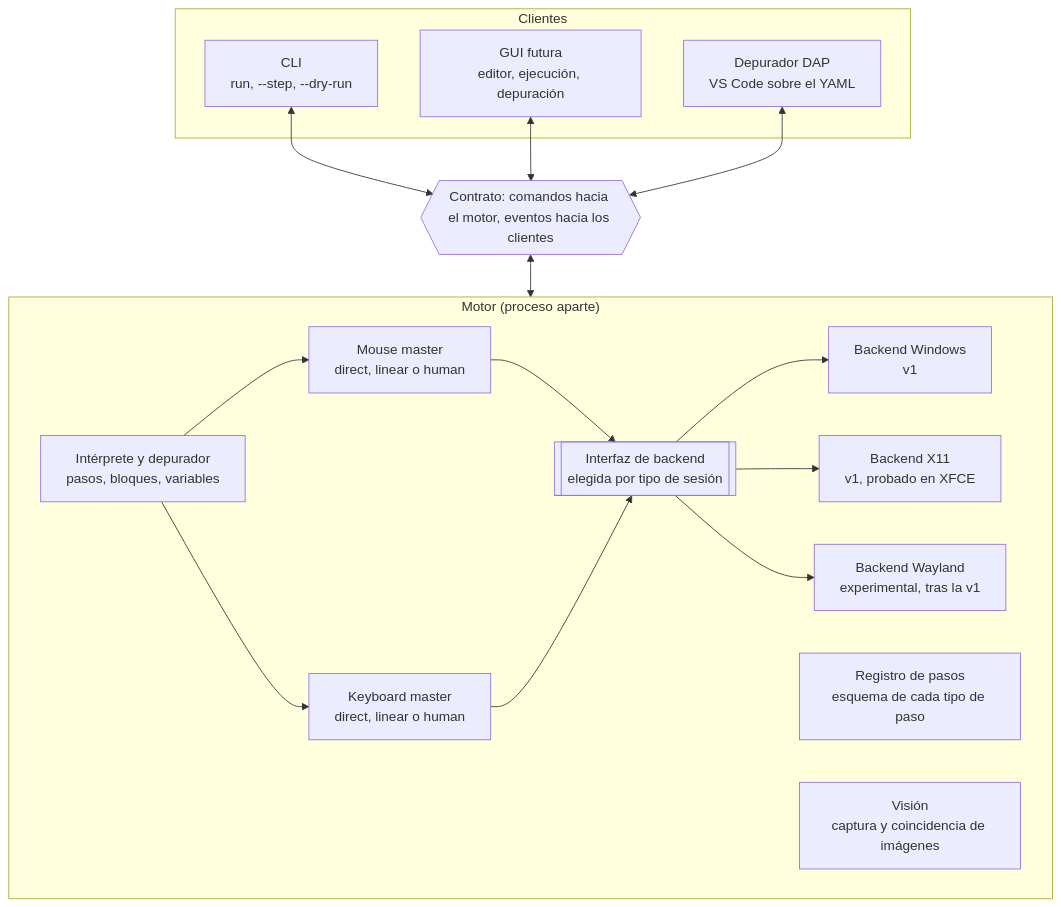
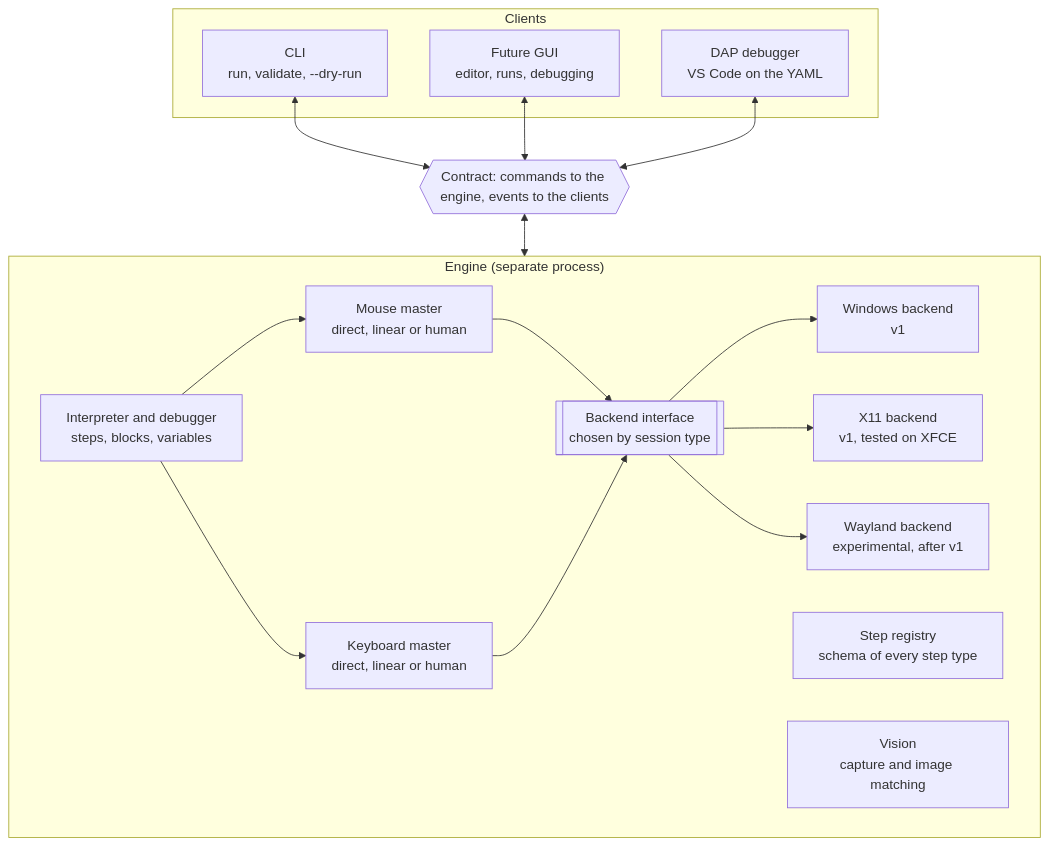
The first of 2 diagrams in docs/contract.md (esgabo/j5-macro), drawn with Mermaid before and after one commit. The commit also changed other lines of this file and 21 other files, not shown here.

````diff
--- a/docs/contract.md
+++ b/docs/contract.md
@@ -21,31 +21,31 @@
 ```mermaid
 flowchart TB
-  subgraph Clientes
-    CLI["CLI<br/>run, --step, --dry-run"]
-    GUI["GUI futura<br/>editor, ejecución, depuración"]
-    DAP["Depurador DAP<br/>VS Code sobre el YAML"]
+  subgraph Clients
+    CLI["CLI<br/>run, validate, --dry-run"]
+    GUI["Future GUI<br/>editor, runs, debugging"]
+    DAP["DAP debugger<br/>VS Code on the YAML"]
   end
-  C{{"Contrato: comandos hacia el motor, eventos hacia los clientes"}}
+  C{{"Contract: commands to the engine, events to the clients"}}
   CLI <--> C
   GUI <--> C
   DAP <--> C
-  subgraph Motor["Motor (proceso aparte)"]
-    I["Intérprete y depurador<br/>pasos, bloques, variables"]
-    R["Registro de pasos<br/>esquema de cada tipo de paso"]
-    V["Visión<br/>captura y coincidencia de imágenes"]
-    M["Mouse master<br/>direct, linear o human"]
-    K["Keyboard master<br/>direct, linear o human"]
-    B[["Interfaz de backend<br/>elegida por tipo de sesión"]]
-    BW["Backend Windows<br/>v1"]
-    BX["Backend X11<br/>v1, probado en XFCE"]
-    BL["Backend Wayland<br/>experimental, tras la v1"]
+  subgraph Engine["Engine (separate process)"]
+    I["Interpreter and debugger<br/>steps, blocks, variables"]
+    R["Step registry<br/>schema of every step type"]
+    V["Vision<br/>capture and image matching"]
+    M["Mouse master<br/>direct, linear or human"]
+    K["Keyboard master<br/>direct, linear or human"]
+    B[["Backend interface<br/>chosen by session type"]]
+    BW["Windows backend<br/>v1"]
+    BX["X11 backend<br/>v1, tested on XFCE"]
+    BL["Wayland backend<br/>experimental, after v1"]
     I --> M
     I --> K
     M --> B
     K --> B
     B --> BW
     B --> BX
     B --> BL
   end
-  C <--> Motor
+  C <--> Engine
 ```
````
